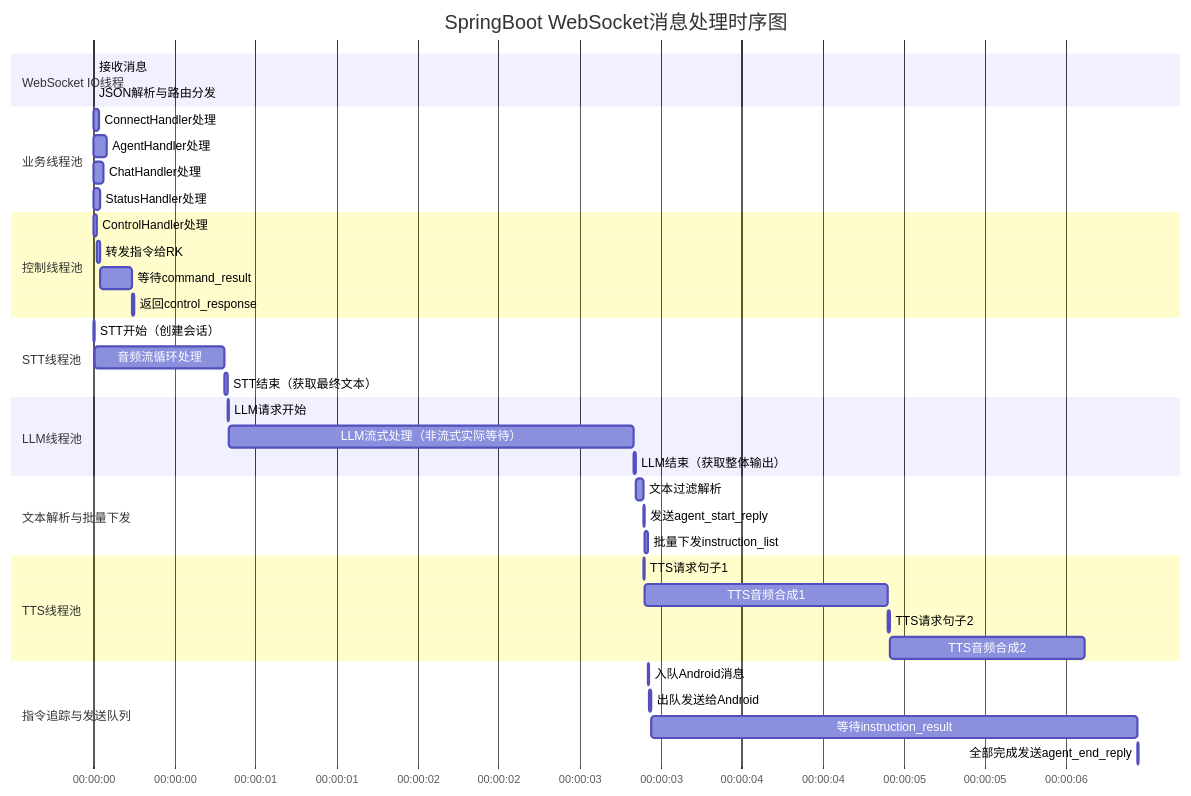
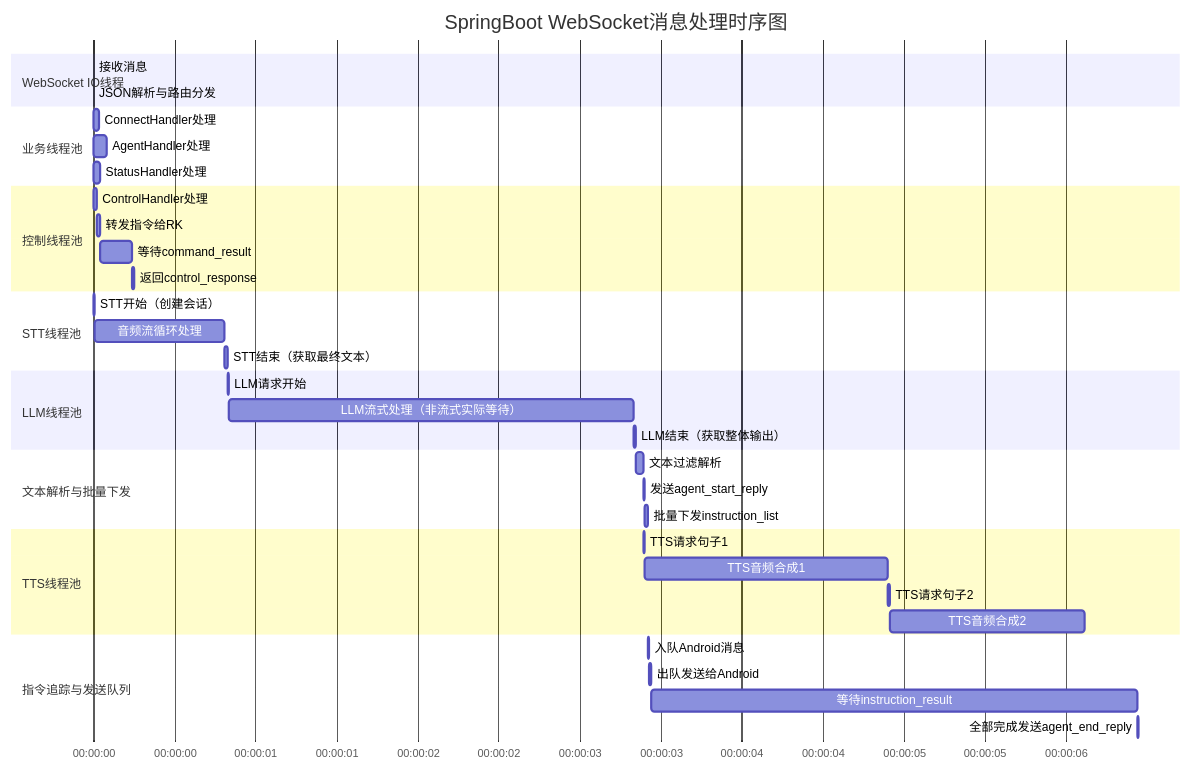
Diagram 13 of 18 in cursor/WS重构.md (nangong918/magic-vector), drawn with Mermaid before and after one commit. The commit also changed other lines of this file and 1 other file, not shown here.

````diff
--- a/cursor/WS重构.md
+++ b/cursor/WS重构.md
@@ -1258,49 +1234,48 @@
 ```mermaid
 gantt
     title SpringBoot WebSocket消息处理时序图
     dateFormat HH:mm:ss.SSS
     axisFormat %H:%M:%S
 
     section WebSocket IO线程
         接收消息 :t0, 00:00:00.000, 1ms
         JSON解析与路由分发 :t1, after t0, 2ms
 
     section 业务线程池
         ConnectHandler处理 :t2, after t1, 30ms
         AgentHandler处理 :t3, after t1, 80ms
-        ChatHandler处理 :t4, after t1, 60ms
-        StatusHandler处理 :t5, after t1, 40ms
+        StatusHandler处理 :t4, after t1, 40ms
 
     section 控制线程池
         ControlHandler处理 :t6, after t1, 20ms
         转发指令给RK :t7, after t6, 15ms
         等待command_result :t8, after t7, 200ms
         返回control_response :t9, after t8, 10ms
 
     section STT线程池
         STT开始（创建会话） :t10, after t1, 5ms
         音频流循环处理 :t11, after t10, 800ms
         STT结束（获取最终文本） :t12, after t11, 20ms
 
     section LLM线程池
         LLM请求开始 :t13, after t12, 5ms
         LLM流式处理（非流式实际等待） :t14, after t13, 2500ms
         LLM结束（获取整体输出） :t15, after t14, 10ms
 
     section 文本解析与批量下发
         文本过滤解析 :t16, after t15, 50ms
         发送agent_start_reply :t17, after t16, 10ms
         批量下发instruction_list :t18, after t17, 20ms
 
     section TTS线程池
         TTS请求句子1 :t19, after t16, 10ms
         TTS音频合成1 :t20, after t19, 1500ms
         TTS请求句子2 :t21, after t20, 10ms
         TTS音频合成2 :t22, after t21, 1200ms
 
     section 指令追踪与发送队列
         入队Android消息 :t23, after t18, 5ms
         出队发送给Android :t24, after t23, 10ms
         等待instruction_result :t25, after t24, 3000ms
         全部完成发送agent_end_reply :t26, after t25, 10ms
 ```
````
